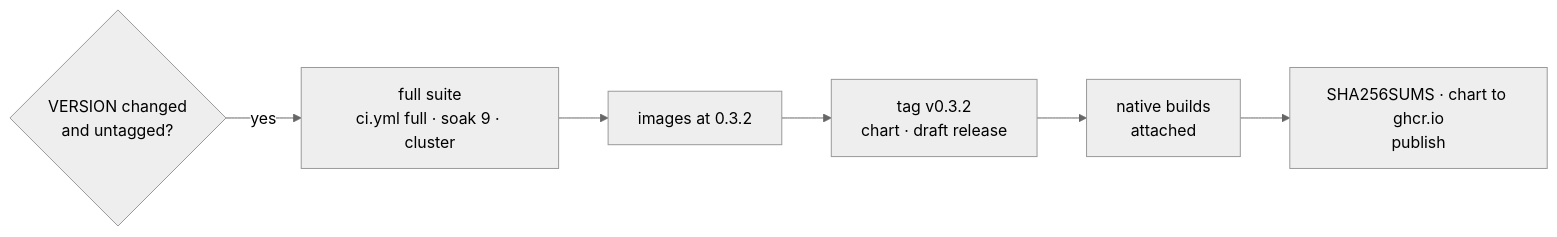
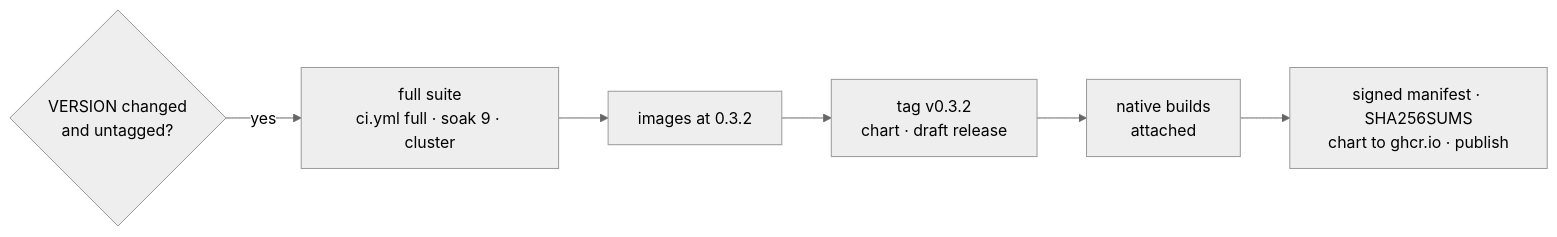
Before and after one commit to it-minds/troupe: the fourth of 4 diagrams in docs/developer/ci.md, drawn with Mermaid (neutral theme). The commit also changed other lines of this file and 58 other files, not shown here.

````diff
--- a/docs/developer/ci.md
+++ b/docs/developer/ci.md
@@ -101,6 +101,6 @@
 ```mermaid
 flowchart LR
   v{"VERSION changed<br/>and untagged?"} -->|yes| suite["full suite<br/>ci.yml full · soak 9 · cluster"]
   suite --> images["images at 0.3.2"] --> cut["tag v0.3.2<br/>chart · draft release"]
-  cut --> native["native builds<br/>attached"] --> publish["SHA256SUMS · chart to ghcr.io<br/>publish"]
+  cut --> native["native builds<br/>attached"] --> publish["signed manifest · SHA256SUMS<br/>chart to ghcr.io · publish"]
 ```
````
